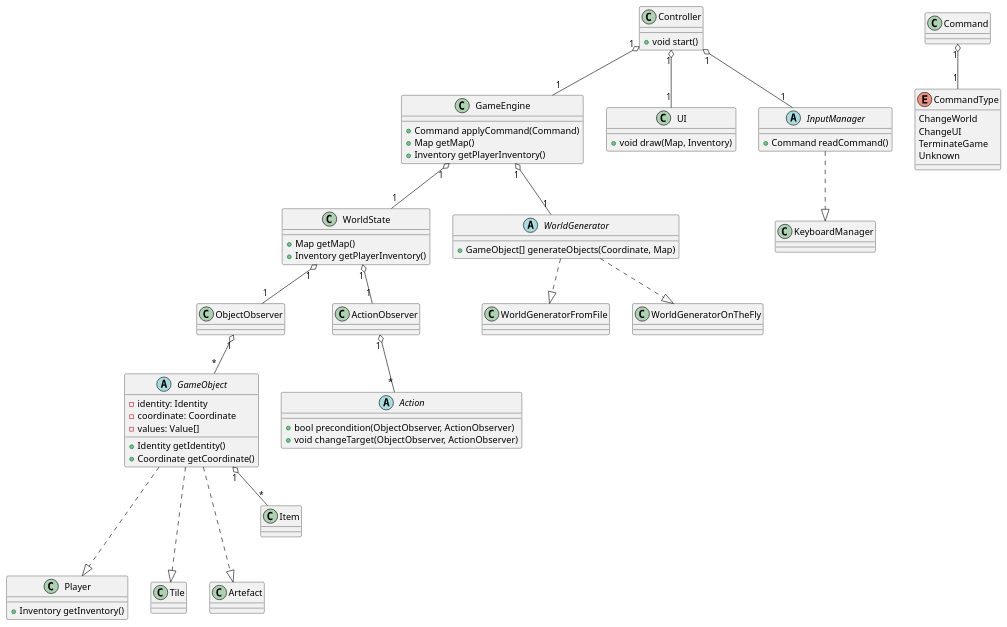
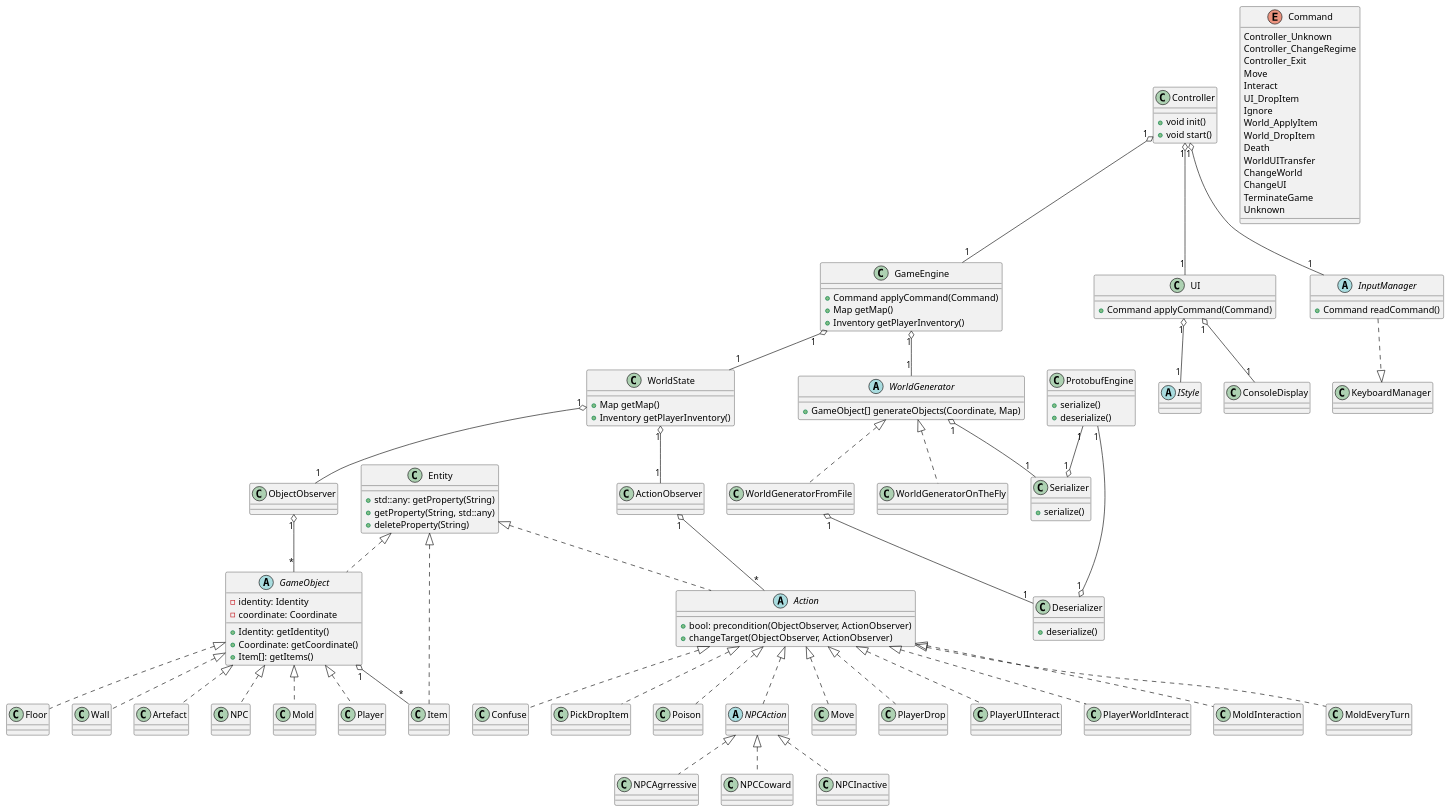
One commit to ruthenium96/roguelike changed the diagram in architecture/class.puml. Above: the diagram before and after it, drawn with PlantUML.

Commit message:
Update class diagram.

```diff
--- a/architecture/class.puml
+++ b/architecture/class.puml
@@ -1,110 +1,170 @@
 @startuml
 'https://plantuml.com/class-diagram
 
 'The main class controlling game logic, UI and user input.
 class Controller {
 'Start game.
++ void init()
 + void start()
 }
 
 Controller "1" o-- "1" GameEngine
 Controller "1" o-- "1" UI
 Controller "1" o-- "1" InputManager
+
+abstract IStyle
+UI "1" o-- "1" IStyle
+UI "1" o-- "1" ConsoleDisplay
 
 'INPUT SECTION:
 abstract InputManager {
 'This function waits for user input and returns Command.
 +Command readCommand()
 }
 
 InputManager -.|> KeyboardManager
 
 class Command {
+        Controller_Unknown
+        Controller_ChangeRegime
+        Controller_Exit
+        Move
+        Interact
+        UI_DropItem
+        Ignore
+        World_ApplyItem
+        World_DropItem
+        Death
+        WorldUITransfer
 }
 
-Command "1" o-- "1" CommandType
-
-enum CommandType {
+enum Command {
 ChangeWorld
 ChangeUI
 TerminateGame
 Unknown
 }
 
 'UI SECTION:
 
 class UI {
 'Draws game, based on Map and Inventory information.
-+void draw(Map, Inventory)
++Command applyCommand(Command)
 }
 
 'WORLD LOGIC SECTION
 
 class GameEngine {
 'Takes Action from Controller and apply it to WorldState.
 + Command applyCommand(Command)
 'Get Map, based on WorldState.
 + Map getMap()
 'Get Inventory of Player, based on WorldState.
 + Inventory getPlayerInventory()
 }
 
 GameEngine "1" o-- "1" WorldState
 GameEngine "1" o-- "1" WorldGenerator
 
 abstract WorldGenerator {
 'Return GameObjects on new Coordinate, using information from Map.
 + GameObject[] generateObjects(Coordinate, Map)
 }
 
-WorldGenerator -.|> WorldGeneratorFromFile
-WorldGenerator -.|> WorldGeneratorOnTheFly
+WorldGenerator <|.- WorldGeneratorFromFile
+WorldGenerator <|.- WorldGeneratorOnTheFly
+WorldGenerator "1" o-- "1" Serializer
+WorldGeneratorFromFile "1" o-- "1" Deserializer
+
+
+class Deserializer {
++deserialize()
+}
+
+class Serializer {
++serialize()
+}
+
+class ProtobufEngine {
++serialize()
++deserialize()
+}
+
+ProtobufEngine "1" --o "1" Serializer
+ProtobufEngine "1" --o "1" Deserializer
+
+class Entity {
++std::any: getProperty(String)
++getProperty(String, std::any)
++deleteProperty(String)
+}
+
+Entity <|.- GameObject
+Entity <|.- Action
+Entity <|.- Item
 
 class WorldState {
 'Return Map.
 + Map getMap()
 'Return Inventory of Player.
 + Inventory getPlayerInventory()
 }
 
 WorldState "1" o-- "1" ObjectObserver
 ObjectObserver "1" o-- "*" GameObject
 
 
 'Object is something with Coordinate, Item[], Action[]
 abstract class GameObject {
 - identity: Identity
-+ Identity getIdentity()
++ Identity: getIdentity()
 - coordinate: Coordinate
-+ Coordinate getCoordinate()
-- values: Value[]
++ Coordinate: getCoordinate()
++ Item[]: getItems()
 }
 
-'Player is self-explaining
-class Player {
-+Inventory getInventory()
-}
-'Tile is something like floor, each coordinate has to have one Tile
-class Tile
+class Player
+class Floor
+class Wall
 'Artefact is something able to hold Item (like chest or just item).
 'It is required because Item is not GameObject.
 class Artefact
 
-GameObject --.|> Tile
-GameObject --.|> Player
-GameObject --.|> Artefact
+GameObject <|.- Floor
+GameObject <|.- Wall
+GameObject <|.- Player
+GameObject <|.- Artefact
+GameObject <|.- NPC
+GameObject <|.- Mold
 
 'Item is self-explaining
 class Item
 'Action is attempt of GameObject to change the World (including itself)
 abstract class Action {
-+ bool precondition(ObjectObserver, ActionObserver)
-+ void changeTarget(ObjectObserver, ActionObserver)
++ bool: precondition(ObjectObserver, ActionObserver)
++ changeTarget(ObjectObserver, ActionObserver)
 }
+
+abstract NPCAction
+
+Action <|.- Move
+Action <|.- PlayerDrop
+Action <|.- PlayerUIInteract
+Action <|.- PlayerWorldInteract
+Action <|.- MoldInteraction
+Action <|.- MoldEveryTurn
+Action <|.- Confuse
+Action <|.- PickDropItem
+Action <|.- Poison
+
+Action <|.- NPCAction
+NPCAction <|.- NPCAgrressive
+NPCAction <|.- NPCCoward
+NPCAction <|.- NPCInactive
 
 GameObject "1" o-- "*" Item
 
 WorldState "1" o-- "1" ActionObserver
 ActionObserver "1" o-- "*" Action
 
 @enduml
```
